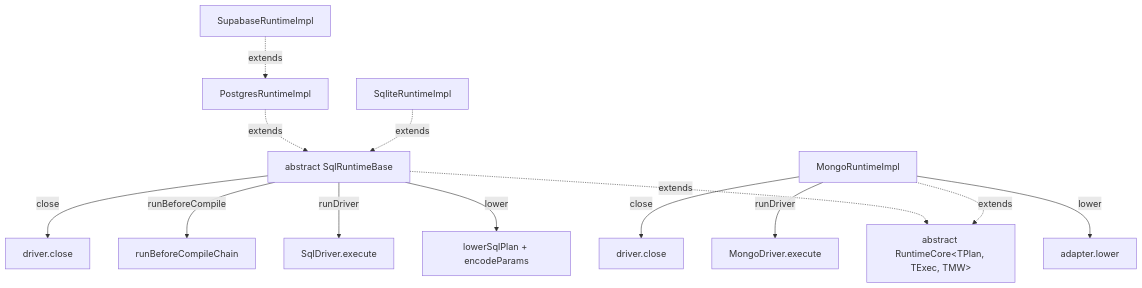
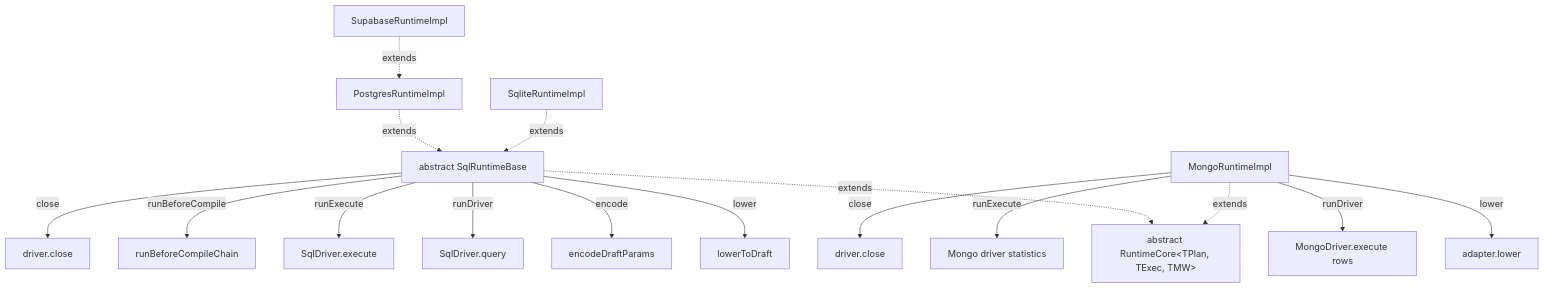
Before and after one commit to prisma/prisma: the second of 3 diagrams in docs/architecture docs/subsystems/4. Runtime & Middleware Framework.md, drawn with Mermaid. The commit also changed other lines of this file and 3 other files, not shown here.

````diff
--- a/docs/architecture docs/subsystems/4. Runtime & Middleware Framework.md
+++ b/docs/architecture docs/subsystems/4. Runtime & Middleware Framework.md
@@ -133,18 +134,21 @@
 ```mermaid
 flowchart TB
   Core[abstract RuntimeCore&lt;TPlan, TExec, TMW&gt;]
   SR[abstract SqlRuntimeBase]
   MR[MongoRuntimeImpl]
   SR -.extends.-> Core
   MR -.extends.-> Core
-  SR -- lower --> LowerS[lowerSqlPlan + encodeParams]
-  SR -- runDriver --> DriverS[SqlDriver.execute]
+  SR -- lower --> LowerS[lowerToDraft]
+  SR -- encode --> EncodeS[encodeDraftParams]
+  SR -- runDriver --> DriverS[SqlDriver.query]
+  SR -- runExecute --> StatsS[SqlDriver.execute]
   SR -- runBeforeCompile --> BCC[runBeforeCompileChain]
   SR -- close --> CloseS[driver.close]
   MR -- lower --> LowerM[adapter.lower]
-  MR -- runDriver --> DriverM[MongoDriver.execute]
+  MR -- runDriver --> DriverM[MongoDriver.execute rows]
+  MR -- runExecute --> StatsM[Mongo driver statistics]
   MR -- close --> CloseM[driver.close]
   PR[PostgresRuntimeImpl] -.extends.-> SR
   SLR[SqliteRuntimeImpl] -.extends.-> SR
   SupR[SupabaseRuntimeImpl] -.extends.-> PR
 ```
````
